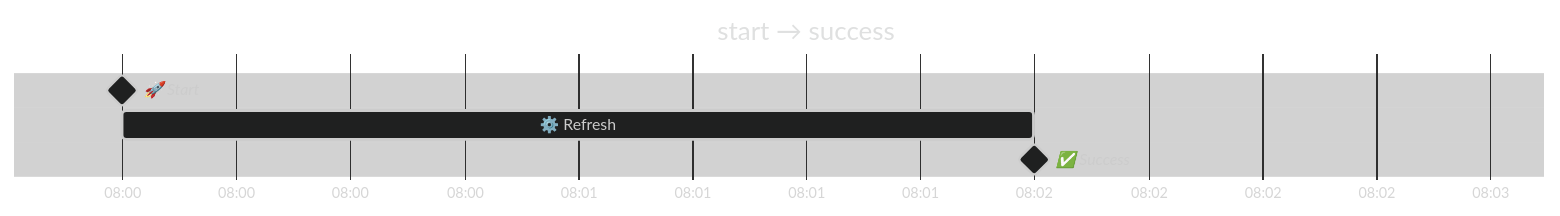
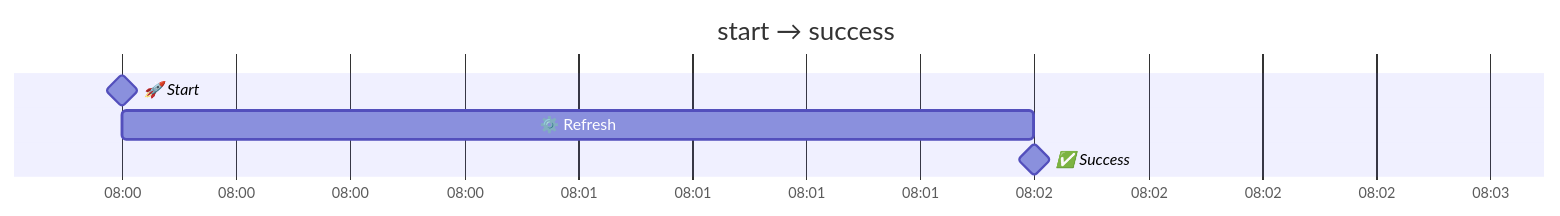
Before and after one commit to vbarbarosh/workflows: the first of 4 diagrams in refresh-retry/README.md, drawn with Mermaid. The commit also changed other lines of this file, not shown here.

````diff
--- a/refresh-retry/README.md
+++ b/refresh-retry/README.md
@@ -44,15 +46,15 @@
 ```mermaid
 ---
 xdisplayMode: compact
-config:
-  theme: neo-dark
+xconfig:
+  xtheme: neo-dark
 ---
 gantt
     title start → success
     dateFormat  HH:mm
     axisFormat %H:%M
 
     🚀 Start: milestone, 08:00,
     ⚙️ Refresh         :a1, 08:00, 2m
     ✅ Success : milestone, 08:01, 2m
 ```
````
